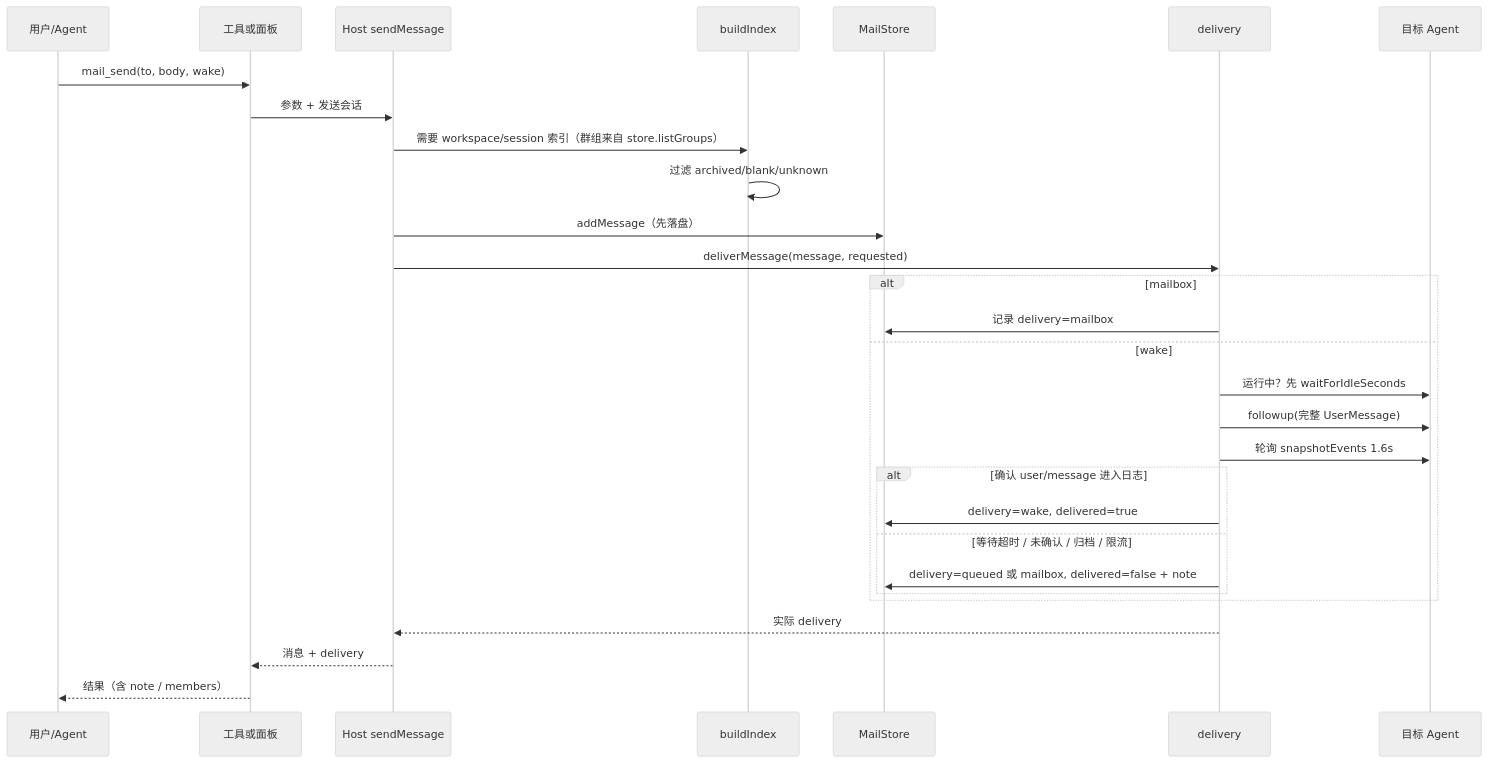
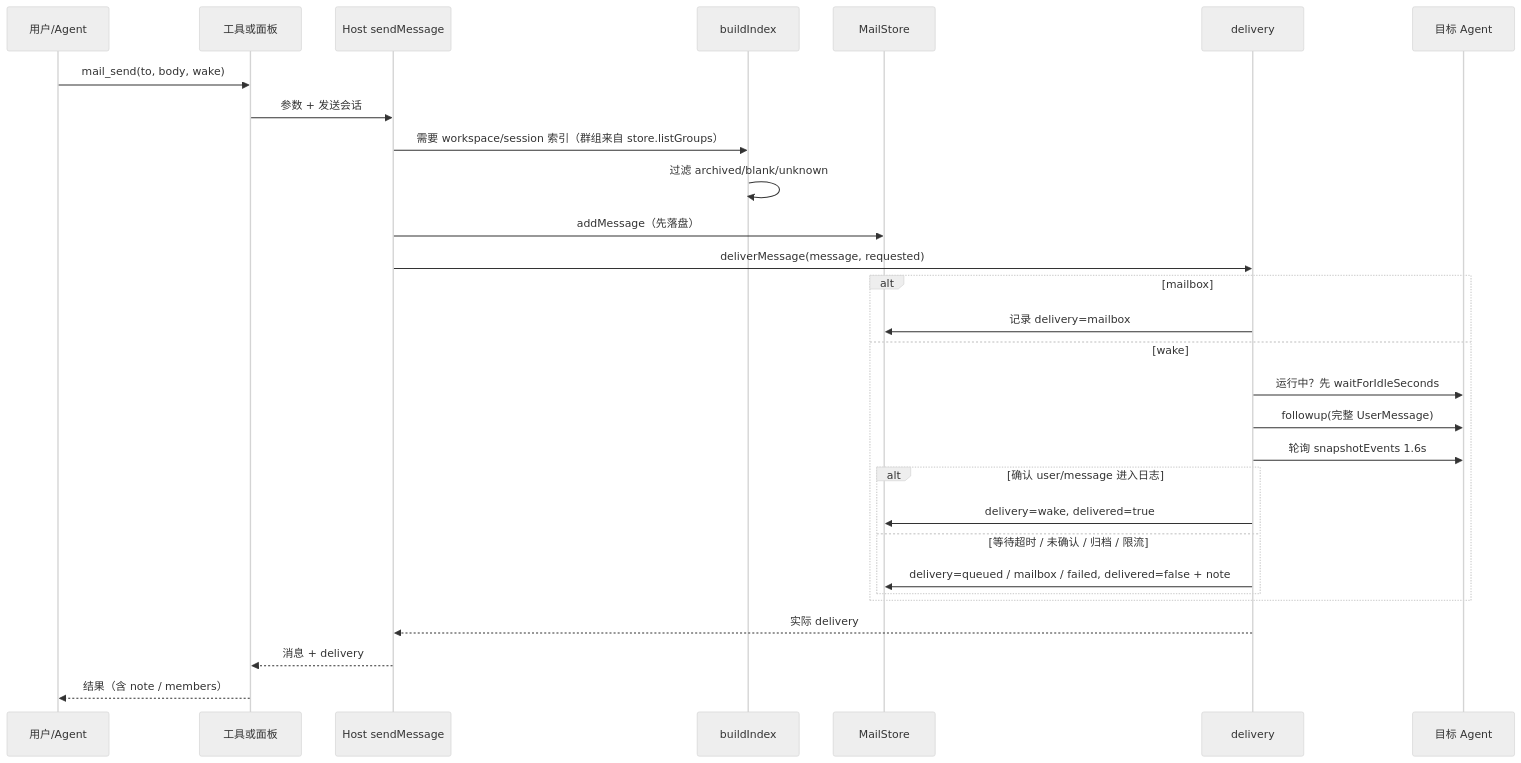
The second of 5 diagrams in docs/ARCHITECTURE.md (dream-office/dsh-cross-workspace), drawn with Mermaid (neutral theme) before and after one commit. The commit also changed other lines of this file and 14 other files, not shown here.

Commit message:
fix: snapshot read obligation and failed delivery retry (P0-2/P1)

````diff
--- a/docs/ARCHITECTURE.md
+++ b/docs/ARCHITECTURE.md
@@ -76,32 +76,32 @@
 ```mermaid
 sequenceDiagram
   participant U as 用户/Agent
   participant T as 工具或面板
   participant H as Host sendMessage
   participant I as buildIndex
   participant S as MailStore
   participant D as delivery
   participant A as 目标 Agent
 
   U->>T: mail_send(to, body, wake)
   T->>H: 参数 + 发送会话
   H->>I: 需要 workspace/session 索引（群组来自 store.listGroups）
   I->>I: 过滤 archived/blank/unknown
   H->>S: addMessage（先落盘）
   H->>D: deliverMessage(message, requested)
   alt mailbox
     D->>S: 记录 delivery=mailbox
   else wake
     D->>A: 运行中？先 waitForIdleSeconds
     D->>A: followup(完整 UserMessage)
     D->>A: 轮询 snapshotEvents 1.6s
     alt 确认 user/message 进入日志
       D->>S: delivery=wake, delivered=true
     else 等待超时 / 未确认 / 归档 / 限流
-      D->>S: delivery=queued 或 mailbox, delivered=false + note
+      D->>S: delivery=queued / mailbox / failed, delivered=false + note
     end
   end
   D-->>H: 实际 delivery
   H-->>T: 消息 + delivery
   T-->>U: 结果（含 note / members）
 ```
````
